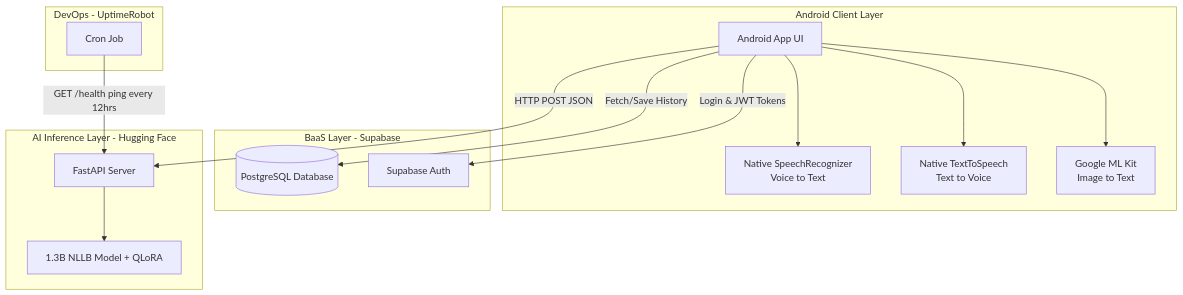
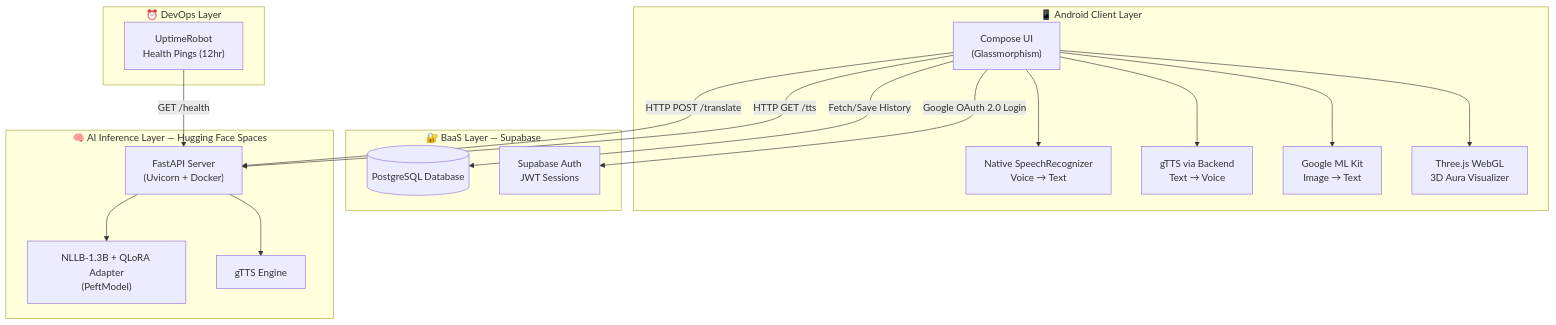
The first of 4 diagrams in README.md (kunaljit3006/PolyTalk-AI), drawn with Mermaid before and after one commit. The commit also changed other lines of this file and 4 other files, not shown here.

````diff
--- a/README.md
+++ b/README.md
@@ -31,38 +59,38 @@
 ```mermaid
 graph TD
-    %% Android Client Layer
-    subgraph Client Layer [Android Client Layer]
-        UI[Android App UI]
-        STT[Native SpeechRecognizer<br/>Voice to Text]
-        TTS[Native TextToSpeech<br/>Text to Voice]
-        OCR[Google ML Kit<br/>Image to Text]
-        
+    subgraph Client ["📱 Android Client Layer"]
+        UI["Compose UI<br/>(Glassmorphism)"]
+        STT["Native SpeechRecognizer<br/>Voice → Text"]
+        TTS["gTTS via Backend<br/>Text → Voice"]
+        OCR["Google ML Kit<br/>Image → Text"]
+        VIS["Three.js WebGL<br/>3D Aura Visualizer"]
+
         UI --> STT
         UI --> TTS
         UI --> OCR
+        UI --> VIS
     end
 
-    %% Backend as a Service (Supabase)
-    subgraph BaaS Layer [BaaS Layer - Supabase]
-        DB[(PostgreSQL Database)]
-        Auth[Supabase Auth]
+    subgraph BaaS ["🔐 BaaS Layer — Supabase"]
+        DB[("PostgreSQL Database")]
+        Auth["Supabase Auth<br/>JWT Sessions"]
     end
 
-    %% AI Inference Layer
-    subgraph AI Layer [AI Inference Layer - Hugging Face]
-        FastAPI[FastAPI Server]
-        Model[1.3B NLLB Model + QLoRA]
+    subgraph AI ["🧠 AI Inference Layer — Hugging Face Spaces"]
+        FastAPI["FastAPI Server<br/>(Uvicorn + Docker)"]
+        Model["NLLB-1.3B + QLoRA Adapter<br/>(PeftModel)"]
+        GTTS["gTTS Engine"]
         FastAPI --> Model
+        FastAPI --> GTTS
     end
 
-    %% DevOps Layer
-    subgraph DevOps Layer [DevOps - UptimeRobot]
-        Cron[Cron Job]
+    subgraph DevOps ["⏰ DevOps Layer"]
+        Cron["UptimeRobot<br/>Health Pings (12hr)"]
     end
 
-    %% Connections
-    UI -- "Login & JWT Tokens" --> Auth
+    UI -- "Google OAuth 2.0 Login" --> Auth
     UI -- "Fetch/Save History" --> DB
-    UI -- "HTTP POST JSON" --> FastAPI
-    Cron -- "GET /health ping every 12hrs" --> FastAPI
+    UI -- "HTTP POST /translate" --> FastAPI
+    UI -- "HTTP GET /tts" --> FastAPI
+    Cron -- "GET /health" --> FastAPI
 ```
````
